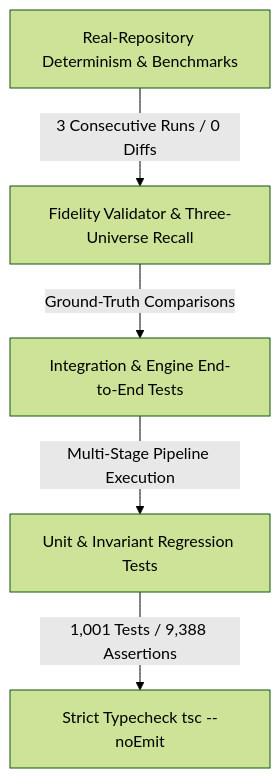
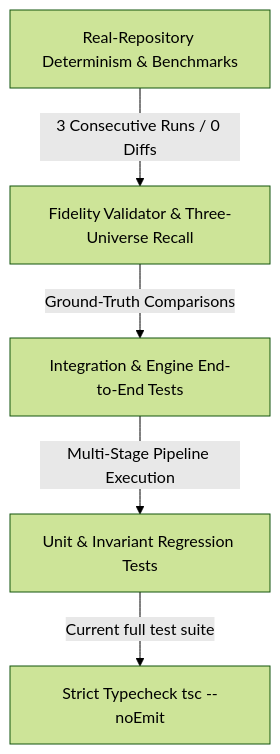
The diagram in docs/development/testing-strategy.md (raitaskeen/LegacyExodus), drawn with Mermaid (forest theme) before and after one commit. The commit also changed other lines of this file and 33 other files, not shown here.

````diff
--- a/docs/development/testing-strategy.md
+++ b/docs/development/testing-strategy.md
@@ -9,7 +9,7 @@
 ```mermaid
 flowchart TD
     A["Real-Repository Determinism & Benchmarks"] -->|3 Consecutive Runs / 0 Diffs| B["Fidelity Validator & Three-Universe Recall"]
     B -->|Ground-Truth Comparisons| C["Integration & Engine End-to-End Tests"]
     C -->|Multi-Stage Pipeline Execution| D["Unit & Invariant Regression Tests"]
-    D -->|1,001 Tests / 9,388 Assertions| E["Strict Typecheck tsc --noEmit"]
+    D -->|Current full test suite| E["Strict Typecheck tsc --noEmit"]
 ```
````
